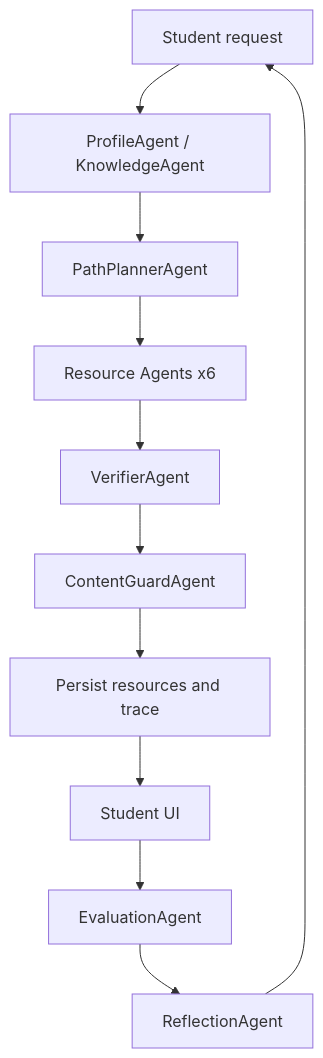
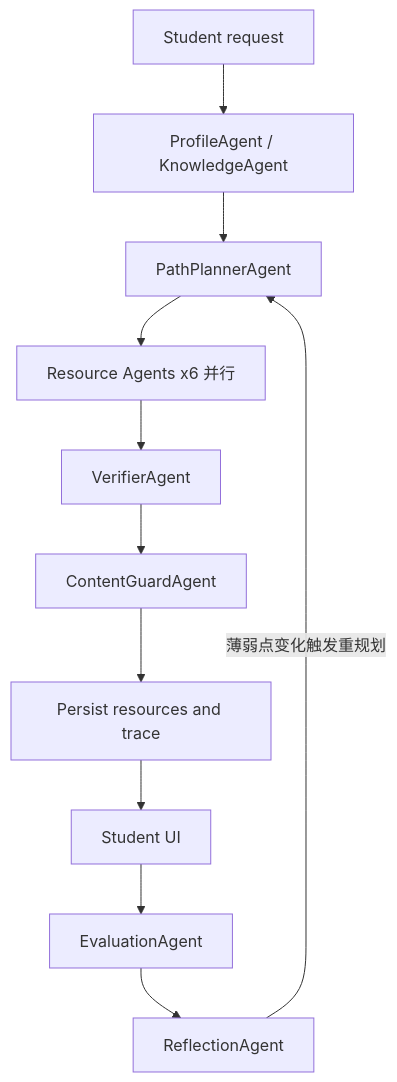
The diagram in docs/agent-design.md (Link-wushuang/soft-A3), drawn with Mermaid before and after one commit. The commit also changed other lines of this file and 14 other files, not shown here.

````diff
--- a/docs/agent-design.md
+++ b/docs/agent-design.md
@@ -28,13 +30,13 @@
 ```mermaid
 flowchart TD
   A["Student request"] --> B["ProfileAgent / KnowledgeAgent"]
   B --> C["PathPlannerAgent"]
-  C --> D["Resource Agents x6"]
+  C --> D["Resource Agents x6 并行"]
   D --> E["VerifierAgent"]
   E --> F["ContentGuardAgent"]
   F --> G["Persist resources and trace"]
   G --> H["Student UI"]
   H --> I["EvaluationAgent"]
   I --> J["ReflectionAgent"]
-  J --> A
+  J -->|"薄弱点变化触发重规划"| C
 ```
````
